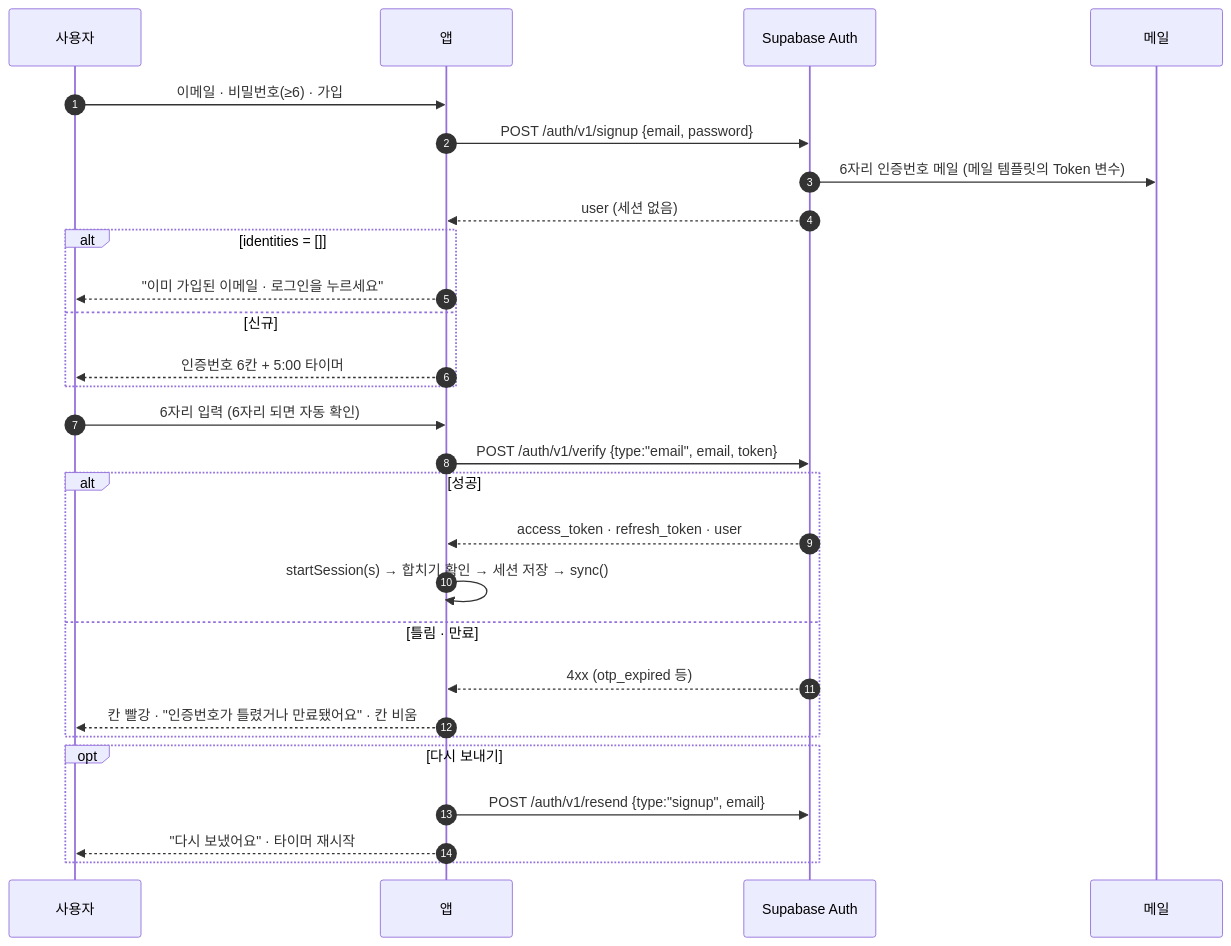
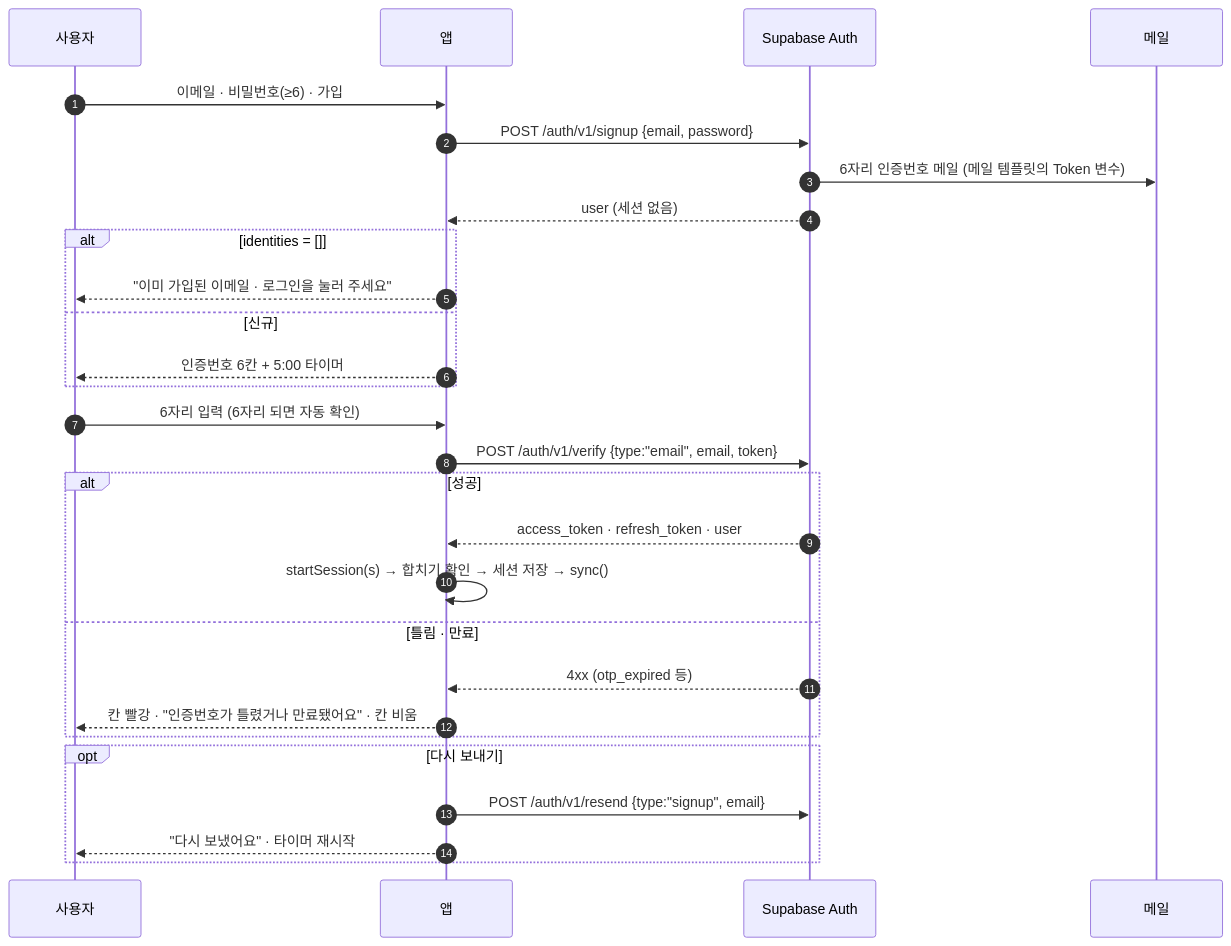
The fourth of 9 diagrams in docs/03-시스템설계.md (jmg0929/weekly-planner), drawn with Mermaid before and after one commit. The commit also changed other lines of this file and 12 other files, not shown here.

````diff
--- a/docs/03-시스템설계.md
+++ b/docs/03-시스템설계.md
@@ -257,31 +257,31 @@
 ```mermaid
 sequenceDiagram
   autonumber
   participant U as 사용자
   participant A as 앱
   participant S as Supabase Auth
   participant M as 메일
 
   U->>A: 이메일 · 비밀번호(≥6) · 가입
   A->>S: POST /auth/v1/signup {email, password}
   S->>M: 6자리 인증번호 메일 (메일 템플릿의 Token 변수)
   S-->>A: user (세션 없음)
   alt identities = []
-    A-->>U: "이미 가입된 이메일 · 로그인을 누르세요"
+    A-->>U: "이미 가입된 이메일 · 로그인을 눌러 주세요"
   else 신규
     A-->>U: 인증번호 6칸 + 5:00 타이머
   end
   U->>A: 6자리 입력 (6자리 되면 자동 확인)
   A->>S: POST /auth/v1/verify {type:"email", email, token}
   alt 성공
     S-->>A: access_token · refresh_token · user
     A->>A: startSession(s) → 합치기 확인 → 세션 저장 → sync()
   else 틀림 · 만료
     S-->>A: 4xx (otp_expired 등)
     A-->>U: 칸 빨강 · "인증번호가 틀렸거나 만료됐어요" · 칸 비움
   end
   opt 다시 보내기
     A->>S: POST /auth/v1/resend {type:"signup", email}
     A-->>U: "다시 보냈어요" · 타이머 재시작
   end
 ```
````
